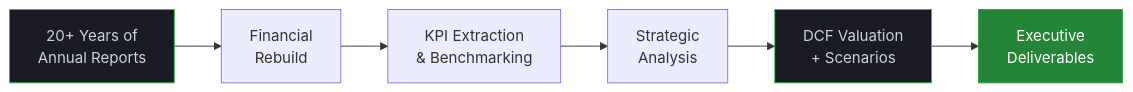
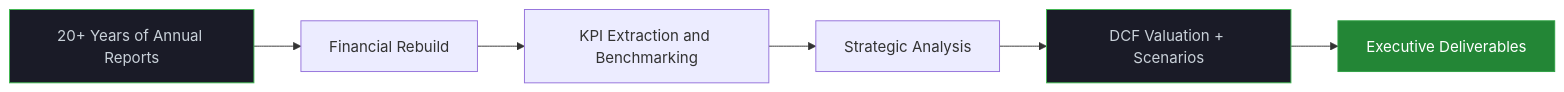
Before and after one commit to Shrey6876/ZARA-CASE-STUDY-PROJECT: the diagram in README.md, drawn with Mermaid. The commit also changed other lines of this file, not shown here.

````diff
--- a/README.md
+++ b/README.md
@@ -98,12 +98,12 @@
 ```mermaid
 graph LR
-    A[20+ Years of<br/>Annual Reports] --> B[Financial<br/>Rebuild]
-    B --> C[KPI Extraction<br/>& Benchmarking]
-    C --> D[Strategic<br/>Analysis]
-    D --> E[DCF Valuation<br/>+ Scenarios]
-    E --> F[Executive<br/>Deliverables]
+    A[20+ Years of Annual Reports] --> B[Financial Rebuild]
+    B --> C[KPI Extraction and Benchmarking]
+    C --> D[Strategic Analysis]
+    D --> E[DCF Valuation + Scenarios]
+    E --> F[Executive Deliverables]
     
     style A fill:#1a1b27,stroke:#3fb950,color:#c9d1d9
     style E fill:#1a1b27,stroke:#3fb950,color:#c9d1d9
     style F fill:#238636,stroke:#2ea043,color:#ffffff
 ```
````
